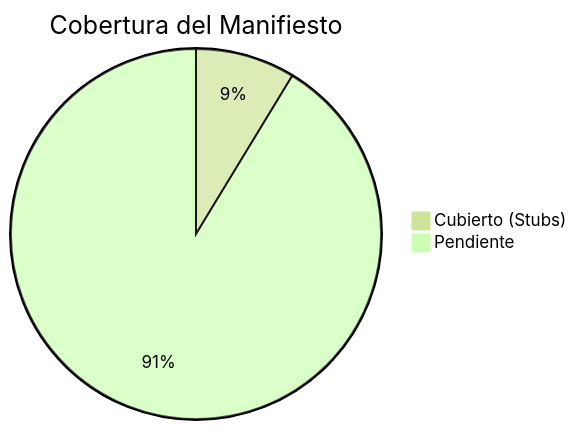
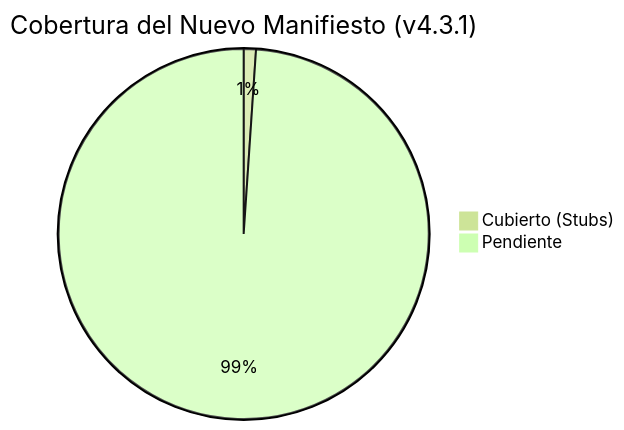
Before and after one commit to ccolombia-ui/aleia-melquisedec: the second of 2 diagrams in docs/reports/2026-01-10-REPORTE-STUBS-CANONICOS.md, drawn with Mermaid (forest theme). The commit also changed other lines of this file and 11 other files, not shown here.

````diff
--- a/docs/reports/2026-01-10-REPORTE-STUBS-CANONICOS.md
+++ b/docs/reports/2026-01-10-REPORTE-STUBS-CANONICOS.md
@@ -75,6 +78,6 @@
 ```mermaid
 pie
-    title Cobertura del Manifiesto
-    "Cubierto (Stubs)" : 10
-    "Pendiente" : 105
+    title Cobertura del Nuevo Manifiesto (v4.3.1)
+    "Cubierto (Stubs)" : 20
+    "Pendiente" : 1857
 ```
````
